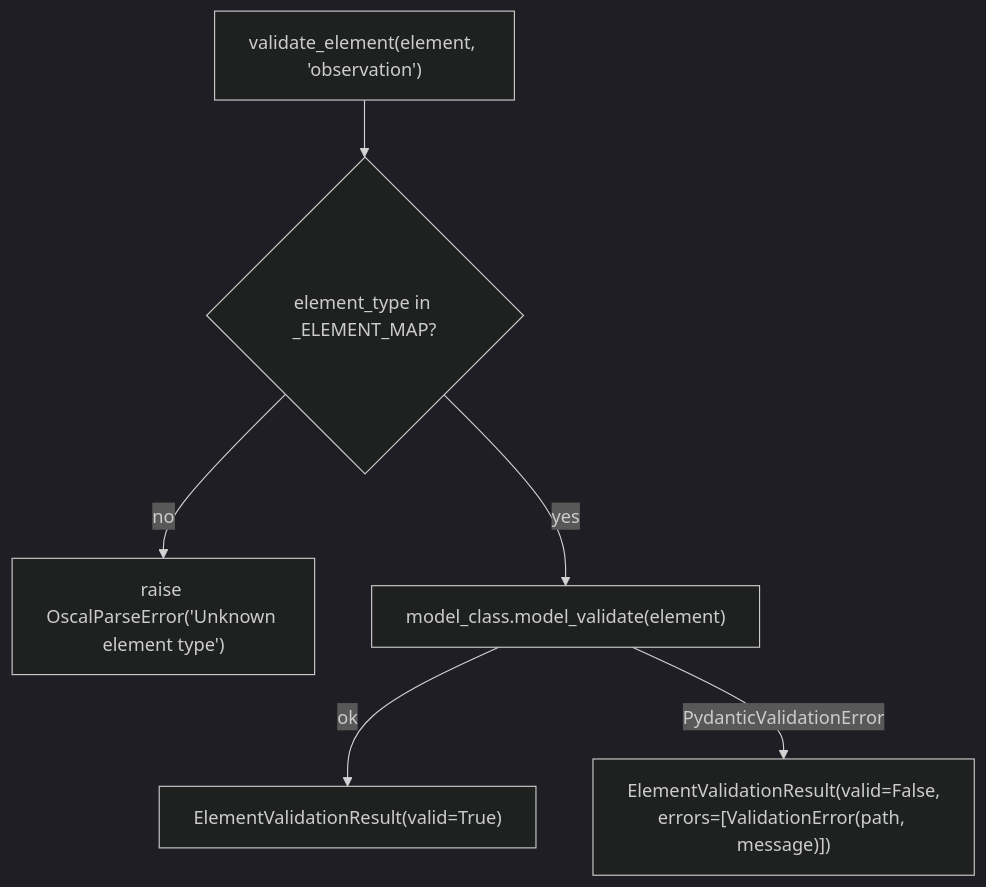
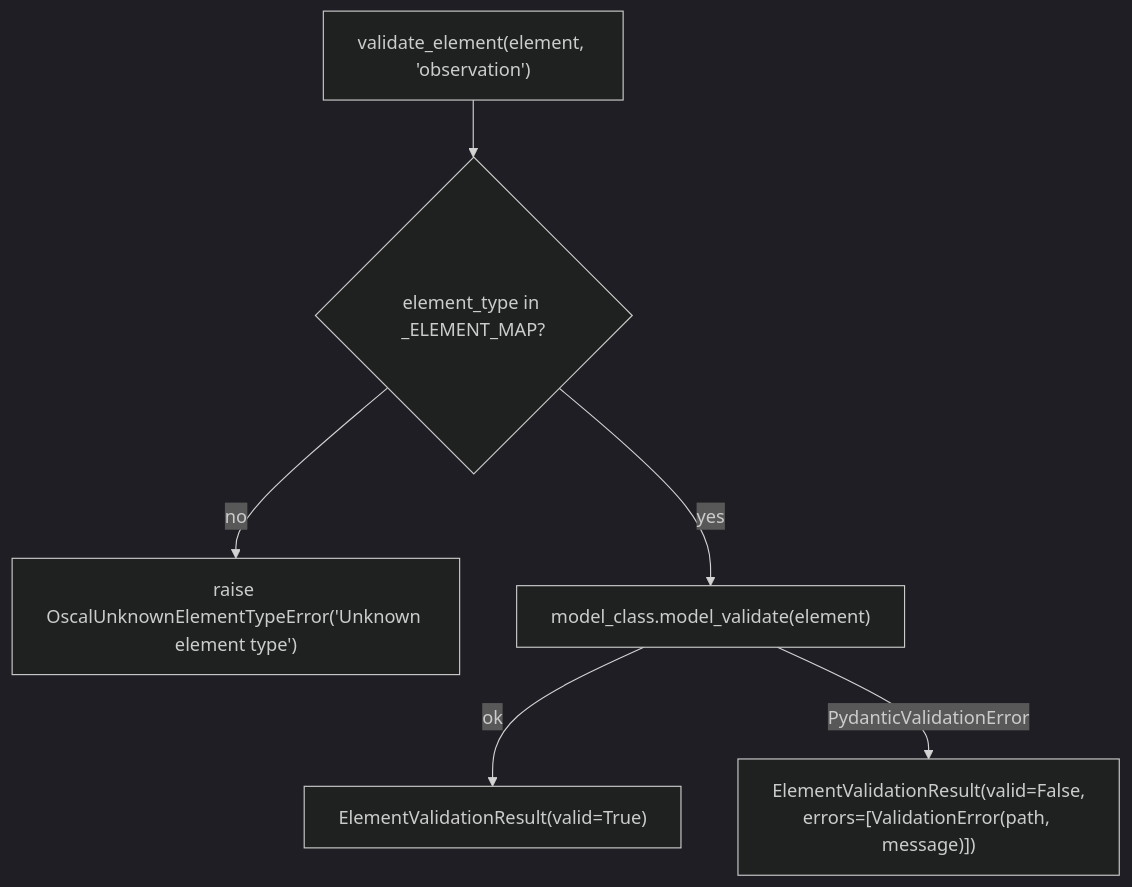
One commit to cairn-proofs/oscal-bindings-python changed the sixth of 7 diagrams in .agents/summary/workflows.md. Above: the diagram before and after it, drawn with Mermaid (dark theme). The commit also changed other lines of this file and 24 other files, not shown here.

````diff
--- a/.agents/summary/workflows.md
+++ b/.agents/summary/workflows.md
@@ -157,8 +157,8 @@
 ```mermaid
 flowchart TD
     A["validate_element(element, 'observation')"] --> B{"element_type in _ELEMENT_MAP?"}
-    B -->|no| C["raise OscalParseError('Unknown element type')"]
+    B -->|no| C["raise OscalUnknownElementTypeError('Unknown element type')"]
     B -->|yes| D["model_class.model_validate(element)"]
     D -->|ok| E["ElementValidationResult(valid=True)"]
     D -->|PydanticValidationError| F["ElementValidationResult(valid=False,<br/>errors=[ValidationError(path, message)])"]
 ```
````
